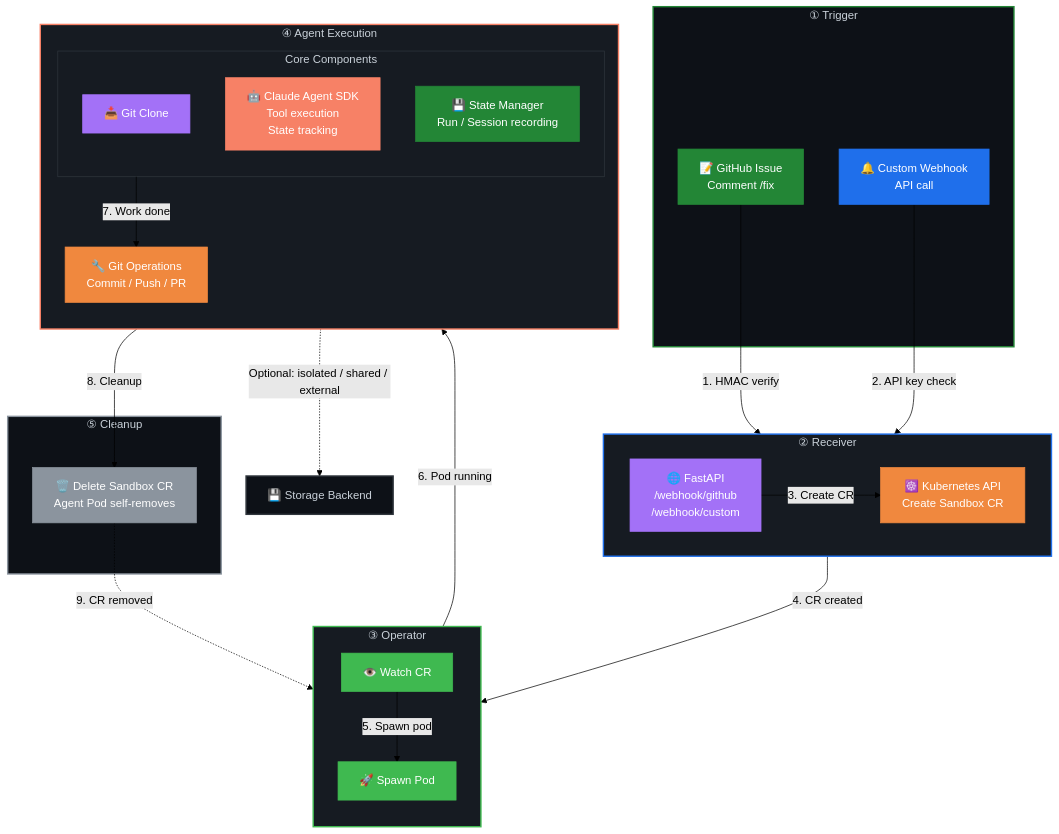
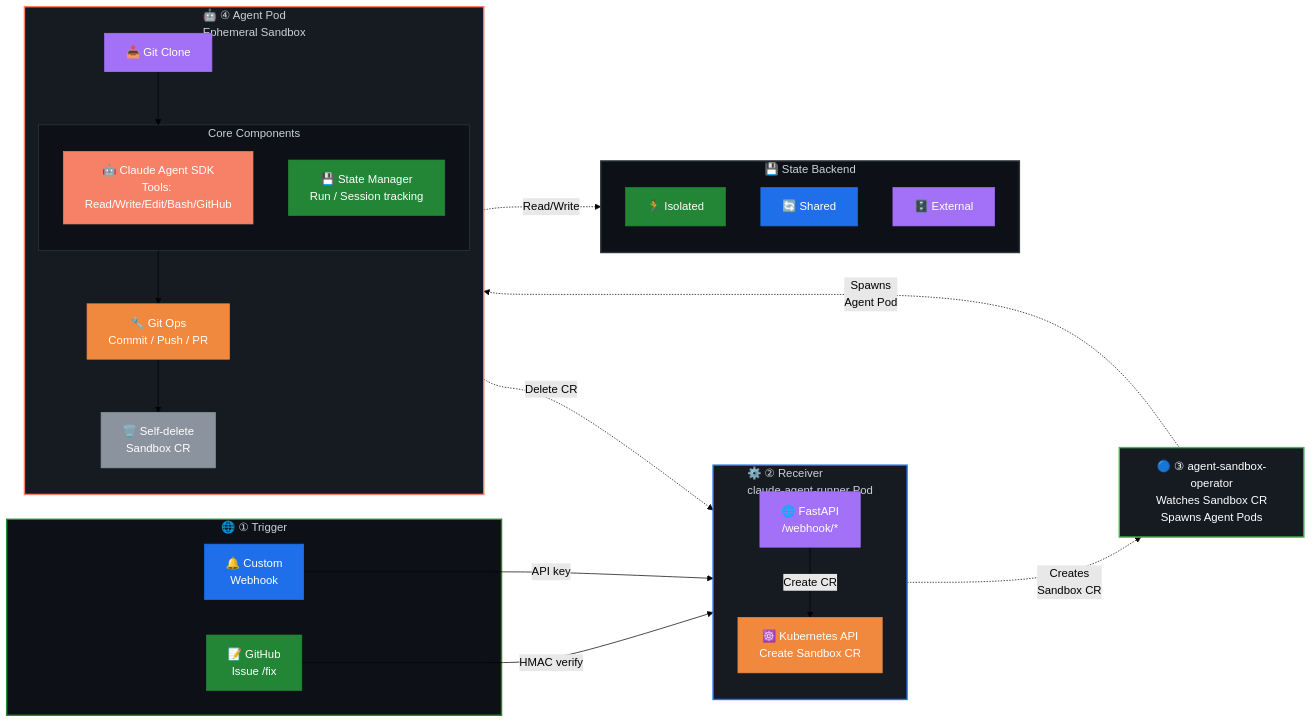
One commit to duyet/claude-agent-runner changed the diagram in README.md. Above: the diagram before and after it, drawn with Mermaid (forest theme). The commit also changed other lines of this file, not shown here.

Commit message:
docs(agent-runner): show agent-sandbox-operator as standalone watcher
- Position agent-sandbox-operator as standalone node outside main flow
- Show it watches Sandbox CR and spawns agent pods independently
- Clear numbered lifecycle phases (①→②→③→④)
- Highlight core components: Claude Agent SDK, State Manager, Git operations
- State backend as separate optional component
- Better visual separation of concerns

````diff
--- a/README.md
+++ b/README.md
@@ -7,65 +7,65 @@
 ```mermaid
-flowchart TB
-    subgraph Phase1["① Trigger"]
-        GH["📝 GitHub Issue<br/>Comment /fix"]
-        WH["🔔 Custom Webhook<br/>API call"]
+flowchart LR
+    subgraph Trigger["🌐 ① Trigger"]
+        GH["📝 GitHub<br/>Issue /fix"]
+        WH["🔔 Custom<br/>Webhook"]
     end
 
-    subgraph Phase2["② Receiver"]
-        direction LR
-        API["🌐 FastAPI<br/>/webhook/github<br/>/webhook/custom"]
+    subgraph Receiver["⚙️ ② Receiver<br/>claude-agent-runner Pod"]
+        direction TB
+        API["🌐 FastAPI<br/>/webhook/*"]
         K8S["☸️ Kubernetes API<br/>Create Sandbox CR"]
     end
 
-    subgraph Phase3["③ Operator"]
+    subgraph Agent["🤖 ④ Agent Pod<br/>Ephemeral Sandbox"]
         direction TB
-        WATCH["👁️ Watch CR"]
-        SPAWN["🚀 Spawn Pod"]
+        CLONE["📥 Git Clone"]
+        subgraph Core["Core Components"]
+            SDK["🤖 Claude Agent SDK<br/>Tools: Read/Write/Edit/Bash/GitHub"]
+            STATE["💾 State Manager<br/>Run / Session tracking"]
+        end
+        GIT_OPS["🔧 Git Ops<br/>Commit / Push / PR"]
+        DONE["🗑️ Self-delete<br/>Sandbox CR"]
     end
 
-    subgraph Phase4["④ Agent Execution"]
-        direction TB
-        subgraph Components["Core Components"]
-            CLONE["📥 Git Clone"]
-            SDK["🤖 Claude Agent SDK<br/>Tool execution<br/>State tracking"]
-            STATE["💾 State Manager<br/>Run / Session recording"]
-        end
-        GIT_OPS["🔧 Git Operations<br/>Commit / Push / PR"]
+    subgraph Storage["💾 State Backend"]
+        ISO["🏃 Isolated"]
+        SH["🔄 Shared"]
+        DB["🗄️ External"]
     end
 
-    subgraph Phase5["⑤ Cleanup"]
-        DELETE["🗑️ Delete Sandbox CR<br/>Agent Pod self-removes"]
-    end
+    GH -->|"HMAC verify"| API
+    WH -->|"API key"| API
+    API -->|"Create CR"| K8S
 
-    GH -->|"1. HMAC verify"| API
-    WH -->|"2. API key check"| API
-    API -->|"3. Create CR"| K8S
-    K8S -->|"4. CR created"| WATCH
-    WATCH -->|"5. Spawn pod"| SPAWN
-    SPAWN -->|"6. Pod running"| Components
-    Components -->|"7. Work done"| GIT_OPS
-    GIT_OPS -->|"8. Cleanup"| DELETE
-    DELETE -.->|"9. CR removed"| WATCH
+    K8S -.->|"Creates<br/>Sandbox CR"| Operator["🔵 ③ agent-sandbox-operator<br/>Watches Sandbox CR<br/>Spawns Agent Pods"]
 
-    STATE -.->|"Optional: isolated / shared / external"| STORAGE["💾 Storage Backend"]
+    Operator -.->|"Spawns<br/>Agent Pod"| Agent
 
-    style Phase1 fill:#0d1117,stroke:#238636,stroke-width:2px,color:#c9d1d9
-    style Phase2 fill:#161b22,stroke:#1f6feb,stroke-width:2px,color:#c9d1d9
-    style Phase3 fill:#161b22,stroke:#3fb950,stroke-width:2px,color:#c9d1d9
-    style Phase4 fill:#161b22,stroke:#f78166,stroke-width:2px,color:#c9d1d9
-    style Phase5 fill:#0d1117,stroke:#8b949e,stroke-width:2px,color:#c9d1d9
+    CLONE --> Core
+    Core --> GIT_OPS
+    GIT_OPS --> DONE
+    DONE -.->|"Delete CR"| K8S
+
+    STATE -.->|"Read/Write"| Storage
+
+    style Trigger fill:#0d1117,stroke:#238636,stroke-width:2px,color:#c9d1d9
+    style Receiver fill:#161b22,stroke:#1f6feb,stroke-width:2px,color:#c9d1d9
+    style Agent fill:#161b22,stroke:#f78166,stroke-width:2px,color:#c9d1d9
+    style Storage fill:#0d1117,stroke:#30363d,stroke-width:2px,color:#c9d1d9
 
     style GH fill:#238636,stroke:#238636,stroke-width:1px,color:#ffffff
     style WH fill:#1f6feb,stroke:#1f6feb,stroke-width:1px,color:#ffffff
     style API fill:#a371f7,stroke:#a371f7,stroke-width:1px,color:#ffffff
     style K8S fill:#f0883e,stroke:#f0883e,stroke-width:1px,color:#ffffff
-    style WATCH fill:#3fb950,stroke:#3fb950,stroke-width:1px,color:#ffffff
-    style SPAWN fill:#3fb950,stroke:#3fb950,stroke-width:1px,color:#ffffff
-    style Components fill:#161b22,stroke:#30363d,stroke-width:1px,color:#c9d1d9
+    style Operator fill:#161b22,stroke:#3fb950,stroke-width:2px,color:#ffffff
     style CLONE fill:#a371f7,stroke:#a371f7,stroke-width:1px,color:#ffffff
+    style Core fill:#0d1117,stroke:#30363d,stroke-width:1px,color:#c9d1d9
     style SDK fill:#f78166,stroke:#f78166,stroke-width:1px,color:#ffffff
     style STATE fill:#238636,stroke:#238636,stroke-width:1px,color:#ffffff
     style GIT_OPS fill:#f0883e,stroke:#f0883e,stroke-width:1px,color:#ffffff
-    style DELETE fill:#8b949e,stroke:#8b949e,stroke-width:1px,color:#ffffff
-    style STORAGE fill:#0d1117,stroke:#30363d,stroke-width:2px,color:#c9d1d9
+    style DONE fill:#8b949e,stroke:#8b949e,stroke-width:1px,color:#ffffff
+    style ISO fill:#238636,stroke:#238636,stroke-width:1px,color:#ffffff
+    style SH fill:#1f6feb,stroke:#1f6feb,stroke-width:1px,color:#ffffff
+    style DB fill:#a371f7,stroke:#a371f7,stroke-width:1px,color:#ffffff
 ```
````
